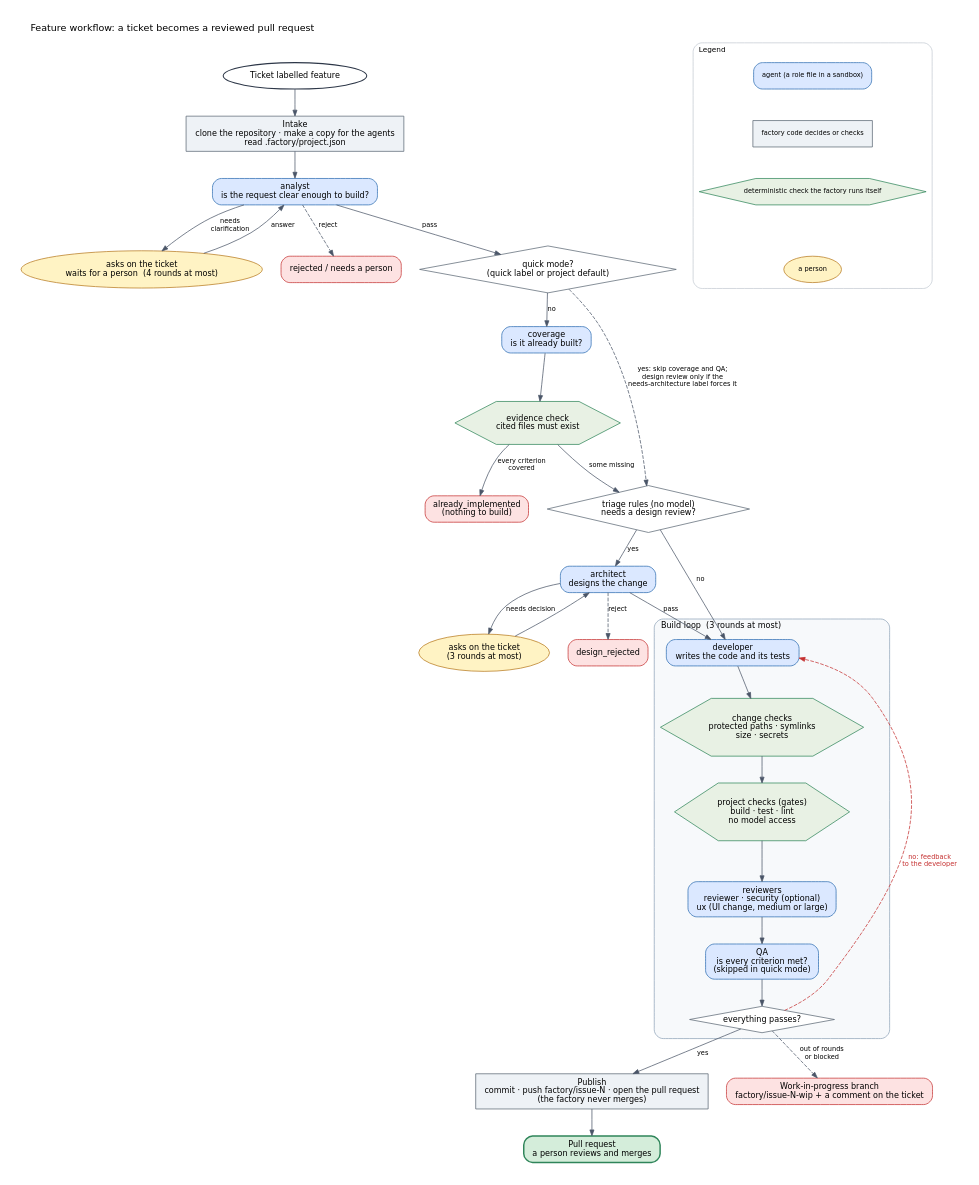
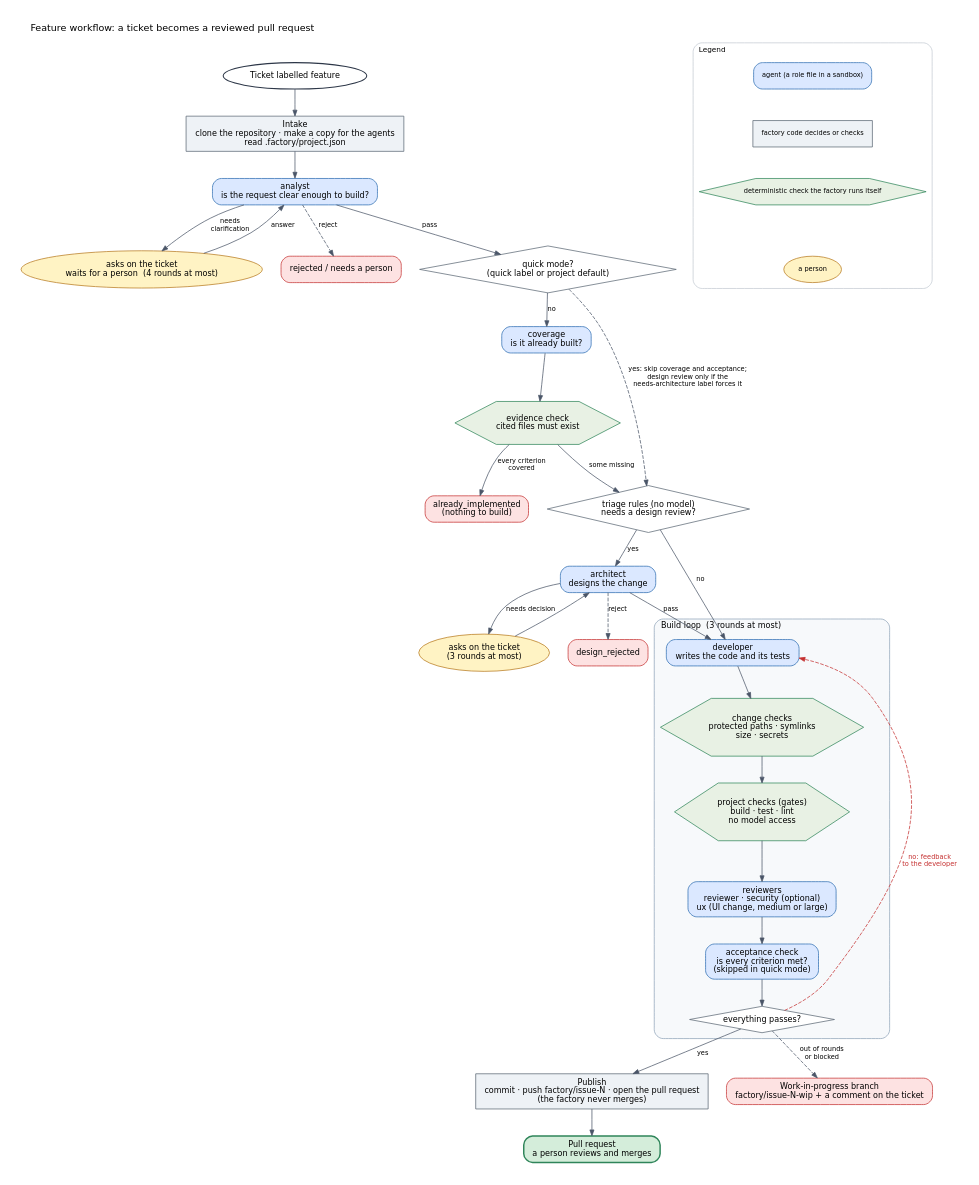
Before and after one commit to ai-sdlc-factory/ai-sdlc-factory: the diagram in docs/diagrams/feature-workflow.dot, drawn with Graphviz. The commit also changed 40 other files, not shown here.

```diff
--- a/docs/diagrams/feature-workflow.dot
+++ b/docs/diagrams/feature-workflow.dot
@@ -1,62 +1,62 @@
 digraph feature_workflow {
   graph [rankdir=TB, fontname="DejaVu Sans", fontsize=13, bgcolor=white, pad=0.3, nodesep=0.35, ranksep=0.5, labelloc=t, labeljust=l, compound=true];
   node  [fontname="DejaVu Sans", fontsize=11, shape=box, style="rounded,filled", margin="0.15,0.08", fillcolor="#eef2f6", color="#5b6773"];
   edge  [fontname="DejaVu Sans", fontsize=9, color="#4a5568", arrowsize=0.8];
   label="Feature workflow: a ticket becomes a reviewed pull request";
 
   start   [label="Ticket labelled feature", shape=oval, style="filled", fillcolor="#ffffff", color="#2d3748", penwidth=1.4];
   intake  [label="Intake\nclone the repository · make a copy for the agents\nread .factory/project.json", shape=box, style="filled", fillcolor="#eef2f6", color="#5b6773"];
   analyst [label="analyst\nis the request clear enough to build?", shape=box, style="rounded,filled", fillcolor="#dbe8ff", color="#2b6cb0"];
   ask1    [label="asks on the ticket\nwaits for a person  (4 rounds at most)", shape=ellipse, style="filled", fillcolor="#fff3c4", color="#b7791f"];
   rejected[label="rejected / needs a person", shape=box, style="rounded,filled", fillcolor="#fde2e2", color="#c53030"];
   quick   [label="quick mode?\n(quick label or project default)", shape=diamond, style="filled", fillcolor="#ffffff", color="#5b6773", margin="0.05,0.05"];
   coverage[label="coverage\nis it already built?", shape=box, style="rounded,filled", fillcolor="#dbe8ff", color="#2b6cb0"];
   evidence[label="evidence check\ncited files must exist", shape=hexagon, style="filled", fillcolor="#e8f1e4", color="#2f855a"];
   covered [label="already_implemented\n(nothing to build)", shape=box, style="rounded,filled", fillcolor="#fde2e2", color="#c53030"];
   triage  [label="triage rules (no model)\nneeds a design review?", shape=diamond, style="filled", fillcolor="#ffffff", color="#5b6773", margin="0.05,0.05"];
   architect[label="architect\ndesigns the change", shape=box, style="rounded,filled", fillcolor="#dbe8ff", color="#2b6cb0"];
   ask2    [label="asks on the ticket\n(3 rounds at most)", shape=ellipse, style="filled", fillcolor="#fff3c4", color="#b7791f"];
   drej    [label="design_rejected", shape=box, style="rounded,filled", fillcolor="#fde2e2", color="#c53030"];
 
   subgraph cluster_build {
     label="Build loop  (3 rounds at most)"; style="rounded,filled"; color="#8fa3b8"; fillcolor="#f7f9fb"; fontsize=11;
     developer[label="developer\nwrites the code and its tests", shape=box, style="rounded,filled", fillcolor="#dbe8ff", color="#2b6cb0"];
     changes  [label="change checks\nprotected paths · symlinks\nsize · secrets", shape=hexagon, style="filled", fillcolor="#e8f1e4", color="#2f855a"];
     gates    [label="project checks (gates)\nbuild · test · lint\nno model access", shape=hexagon, style="filled", fillcolor="#e8f1e4", color="#2f855a"];
     reviewers[label="reviewers\nreviewer · security (optional)\nux (UI change, medium or large)", shape=box, style="rounded,filled", fillcolor="#dbe8ff", color="#2b6cb0"];
-    qa       [label="QA\nis every criterion met?\n(skipped in quick mode)", shape=box, style="rounded,filled", fillcolor="#dbe8ff", color="#2b6cb0"];
+    qa       [label="acceptance check\nis every criterion met?\n(skipped in quick mode)", shape=box, style="rounded,filled", fillcolor="#dbe8ff", color="#2b6cb0"];
     ok       [label="everything passes?", shape=diamond, style="filled", fillcolor="#ffffff", color="#5b6773", margin="0.05,0.05"];
   }
   publish [label="Publish\ncommit · push factory/issue-N · open the pull request\n(the factory never merges)", shape=box, style="filled", fillcolor="#eef2f6", color="#5b6773"];
   pr      [label="Pull request\na person reviews and merges", shape=box, style="rounded,filled,bold", fillcolor="#d4edda", color="#2f855a"];
   wip     [label="Work-in-progress branch\nfactory/issue-N-wip + a comment on the ticket", shape=box, style="rounded,filled", fillcolor="#fde2e2", color="#c53030"];
 
   start -> intake -> analyst;
   analyst -> ask1 [label="needs\nclarification"]; ask1 -> analyst [label="answer"];
   analyst -> rejected [label="reject", style=dashed];
   analyst -> quick [label="pass"];
   quick -> coverage [label="no"];
-  quick -> triage [label="yes: skip coverage and QA;\ndesign review only if the\nneeds-architecture label forces it", style=dashed];
+  quick -> triage [label="yes: skip coverage and acceptance;\ndesign review only if the\nneeds-architecture label forces it", style=dashed];
   coverage -> evidence;
   evidence -> covered [label="every criterion\ncovered"];
   evidence -> triage [label="some missing"];
   triage -> architect [label="yes"];
   triage -> developer [label="no"];
   architect -> ask2 [label="needs decision"]; ask2 -> architect;
   architect -> drej [label="reject", style=dashed];
   architect -> developer [label="pass"];
   developer -> changes -> gates -> reviewers -> qa -> ok;
   ok -> publish [label="yes"];
   ok -> developer [label="no: feedback\nto the developer", constraint=false, style=dashed, color="#c53030", fontcolor="#c53030"];
   publish -> pr;
   ok -> wip [label="out of rounds\nor blocked", style=dashed];
 
   subgraph cluster_legend {
     label="Legend"; style="rounded"; color="#c3cad2"; fontsize=10; rank=sink;
     fel1 [label="agent (a role file in a sandbox)", shape=box, style="rounded,filled", fillcolor="#dbe8ff", color="#2b6cb0", fontsize=9];
     fel2 [label="factory code decides or checks", shape=box, style="filled", fillcolor="#eef2f6", color="#5b6773", fontsize=9];
     fel3 [label="deterministic check the factory runs itself", shape=hexagon, style="filled", fillcolor="#e8f1e4", color="#2f855a", fontsize=9];
     fel4 [label="a person", shape=ellipse, style="filled", fillcolor="#fff3c4", color="#b7791f", fontsize=9];
     fel1 -> fel2 -> fel3 -> fel4 [style=invis];
   }
 }
```
